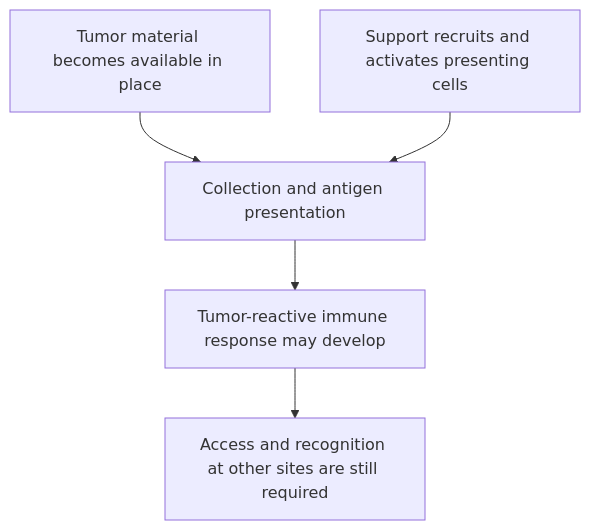
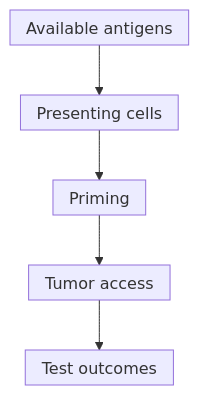
One commit to jasonLaster/oncoguide changed the diagram in wiki/education/concepts/immunology/tumor-immunology/in-situ-vaccination.md. Above: the diagram before and after it, drawn with Mermaid. The commit also changed other lines of this file and 30 other files, not shown here.

````diff
--- a/wiki/education/concepts/immunology/tumor-immunology/in-situ-vaccination.md
+++ b/wiki/education/concepts/immunology/tumor-immunology/in-situ-vaccination.md
@@ -36,7 +34,8 @@
 ```mermaid
+%%{init: {"htmlLabels":false,"flowchart":{"htmlLabels":false,"padding":8,"nodeSpacing":25}}}%%
 flowchart TD
-  A["Tumor material becomes available in place"] --> C["Collection and antigen presentation"]
-  B["Support recruits and activates presenting cells"] --> C
-  C --> D["Tumor-reactive immune response may develop"]
-  D --> E["Access and recognition at other sites are still required"]
+  A["Available antigens"] --> B["Presenting cells"]
+  B --> C[Priming]
+  C --> D["Tumor access"]
+  D --> E["Test outcomes"]
 ```
````
